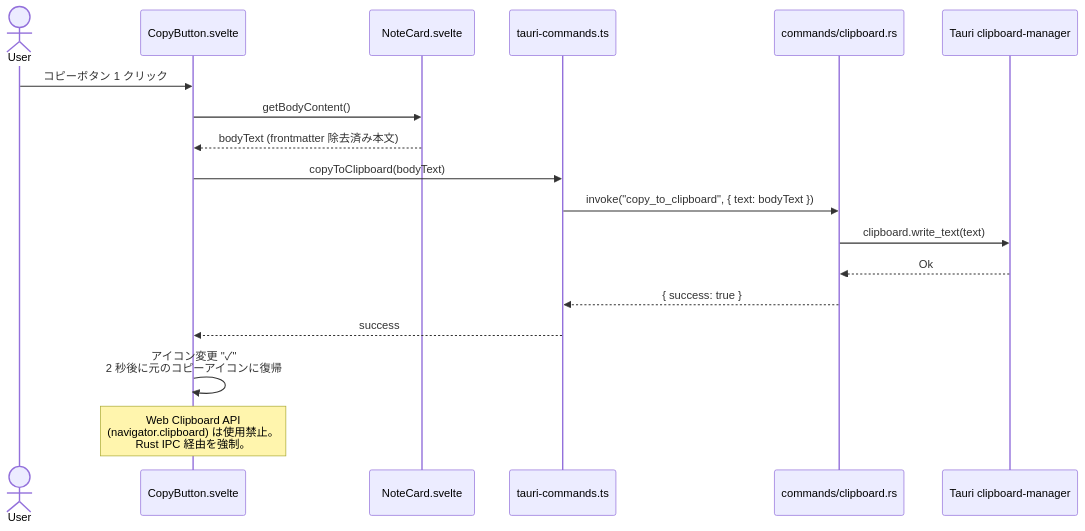
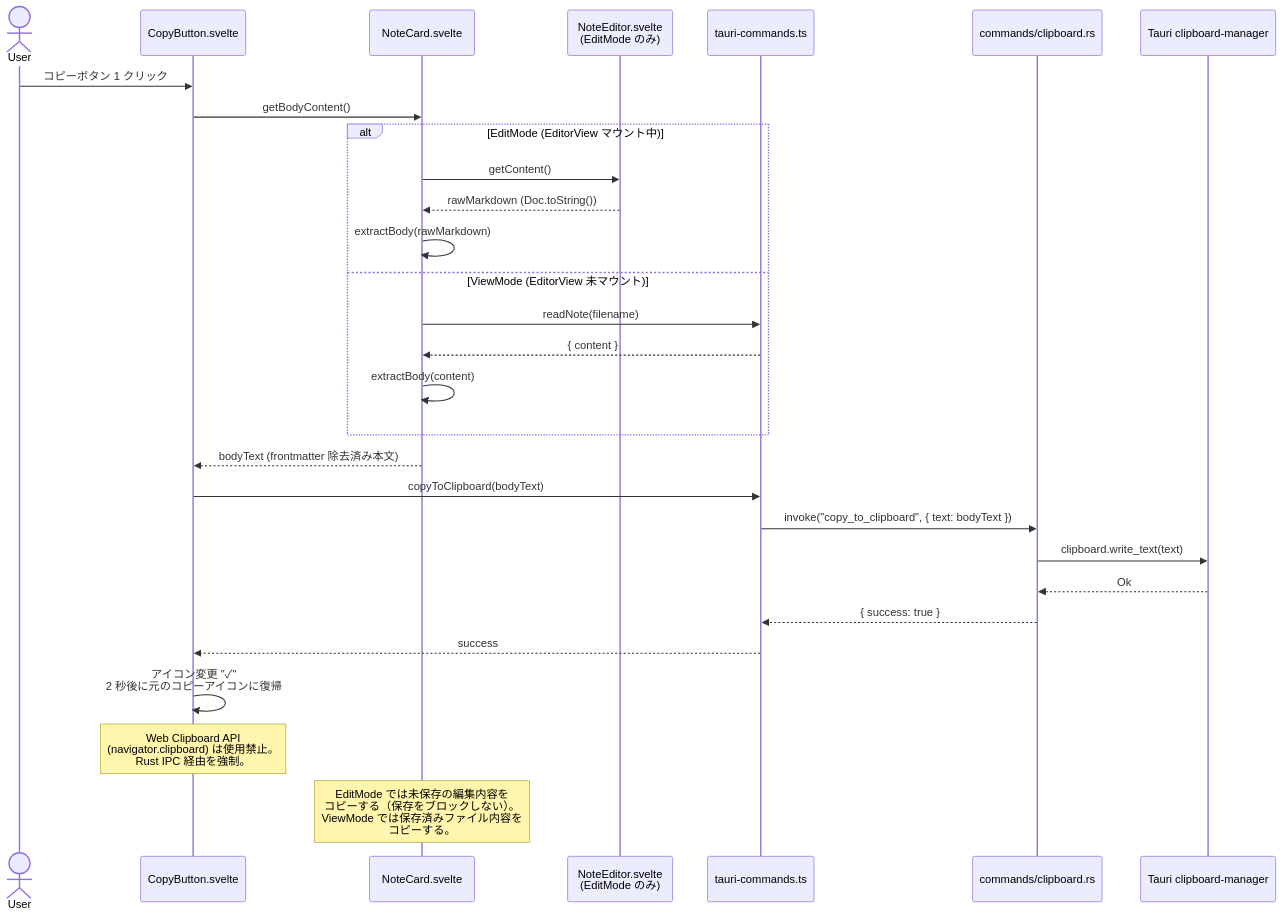
The second of 4 diagrams in docs/detailed_design/editor_clipboard_design.md (dev-komenzar/prompt-notes), drawn with Mermaid before and after one commit. The commit also changed other lines of this file and 3 other files, not shown here.

````diff
--- a/docs/detailed_design/editor_clipboard_design.md
+++ b/docs/detailed_design/editor_clipboard_design.md
@@ -105,22 +109,35 @@
 ```mermaid
 sequenceDiagram
     actor User
     participant CB as CopyButton.svelte
     participant NC as NoteCard.svelte
+    participant Ed as NoteEditor.svelte<br/>(EditMode のみ)
     participant TC as tauri-commands.ts
     participant CmdClip as commands/clipboard.rs
     participant ClipPlugin as Tauri clipboard-manager
 
     User->>CB: コピーボタン 1 クリック
     CB->>NC: getBodyContent()
+
+    alt EditMode (EditorView マウント中)
+        NC->>Ed: getContent()
+        Ed-->>NC: rawMarkdown (Doc.toString())
+        NC->>NC: extractBody(rawMarkdown)
+    else ViewMode (EditorView 未マウント)
+        NC->>TC: readNote(filename)
+        TC-->>NC: { content }
+        NC->>NC: extractBody(content)
+    end
+
     NC-->>CB: bodyText (frontmatter 除去済み本文)
     CB->>TC: copyToClipboard(bodyText)
     TC->>CmdClip: invoke("copy_to_clipboard", { text: bodyText })
     CmdClip->>ClipPlugin: clipboard.write_text(text)
     ClipPlugin-->>CmdClip: Ok
     CmdClip-->>TC: { success: true }
     TC-->>CB: success
     CB->>CB: アイコン変更 "✓"<br/>2 秒後に元のコピーアイコンに復帰
 
     Note over CB: Web Clipboard API<br/>(navigator.clipboard) は使用禁止。<br/>Rust IPC 経由を強制。
+    Note over NC: EditMode では未保存の編集内容を<br/>コピーする（保存をブロックしない）。<br/>ViewMode では保存済みファイル内容を<br/>コピーする。
 ```
````
